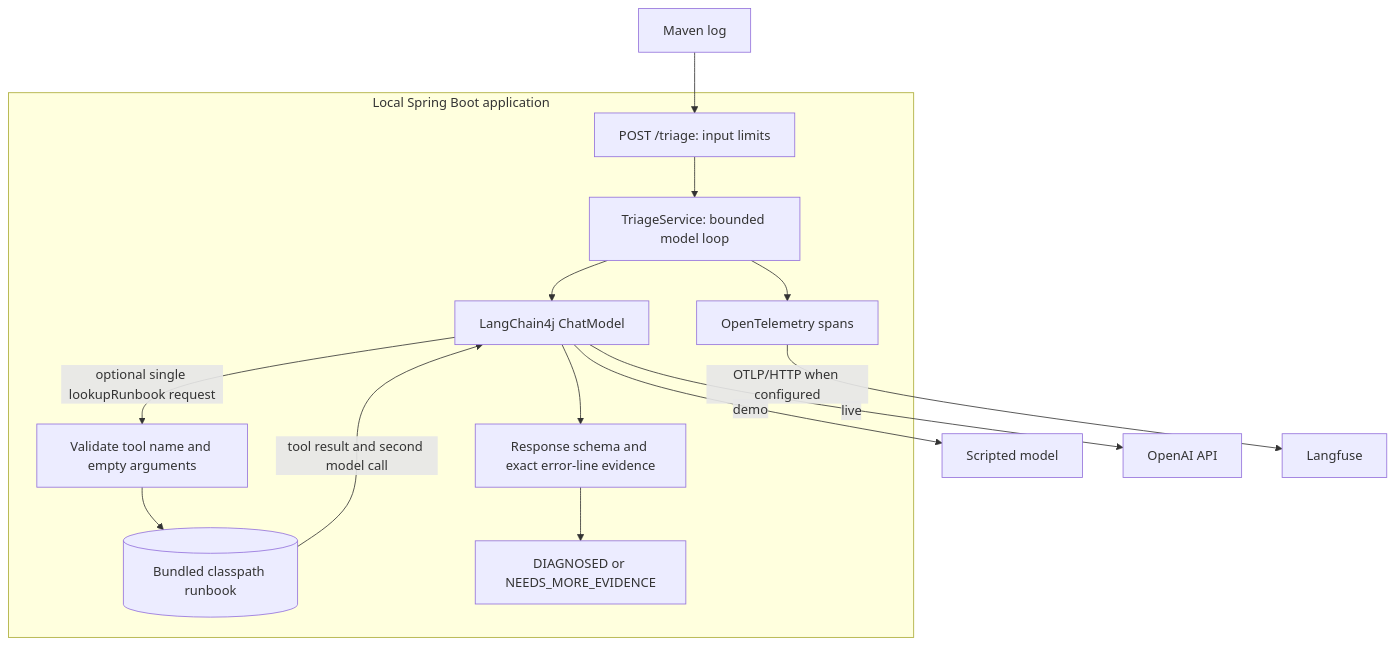
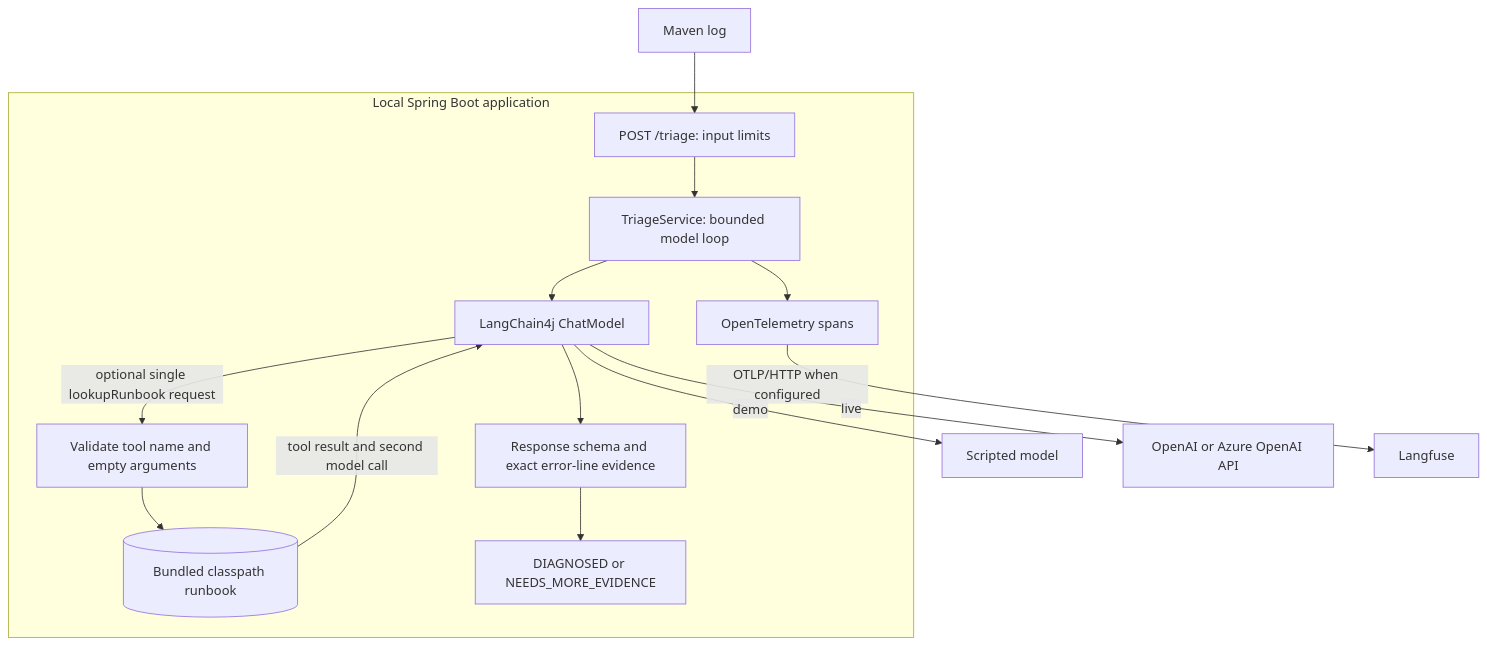
One commit to JeanneBM/java-ci-triage-agent changed the diagram in README.md. Above: the diagram before and after it, drawn with Mermaid. The commit also changed other lines of this file and 4 other files, not shown here.

Commit message:
Support Azure OpenAI v1 for live triage and evaluation

````diff
--- a/README.md
+++ b/README.md
@@ -19,17 +19,17 @@
 ```mermaid
 flowchart TD
   LOG["Maven log"] --> API["POST /triage: input limits"]
   subgraph APP["Local Spring Boot application"]
     API --> SERVICE["TriageService: bounded model loop"]
     SERVICE --> CHAT["LangChain4j ChatModel"]
     CHAT -->|"optional single lookupRunbook request"| TOOL["Validate tool name and empty arguments"]
     TOOL --> BOOK[("Bundled classpath runbook")]
     BOOK -->|"tool result and second model call"| CHAT
     CHAT --> VALID["Response schema and exact error-line evidence"]
     VALID --> RESULT["DIAGNOSED or NEEDS_MORE_EVIDENCE"]
     SERVICE --> OTEL["OpenTelemetry spans"]
   end
   CHAT -->|"demo"| STUB["Scripted model"]
-  CHAT -->|"live"| MODEL["OpenAI API"]
+  CHAT -->|"live"| MODEL["OpenAI or Azure OpenAI API"]
   OTEL -->|"OTLP/HTTP when configured"| LF["Langfuse"]
 ```
````
